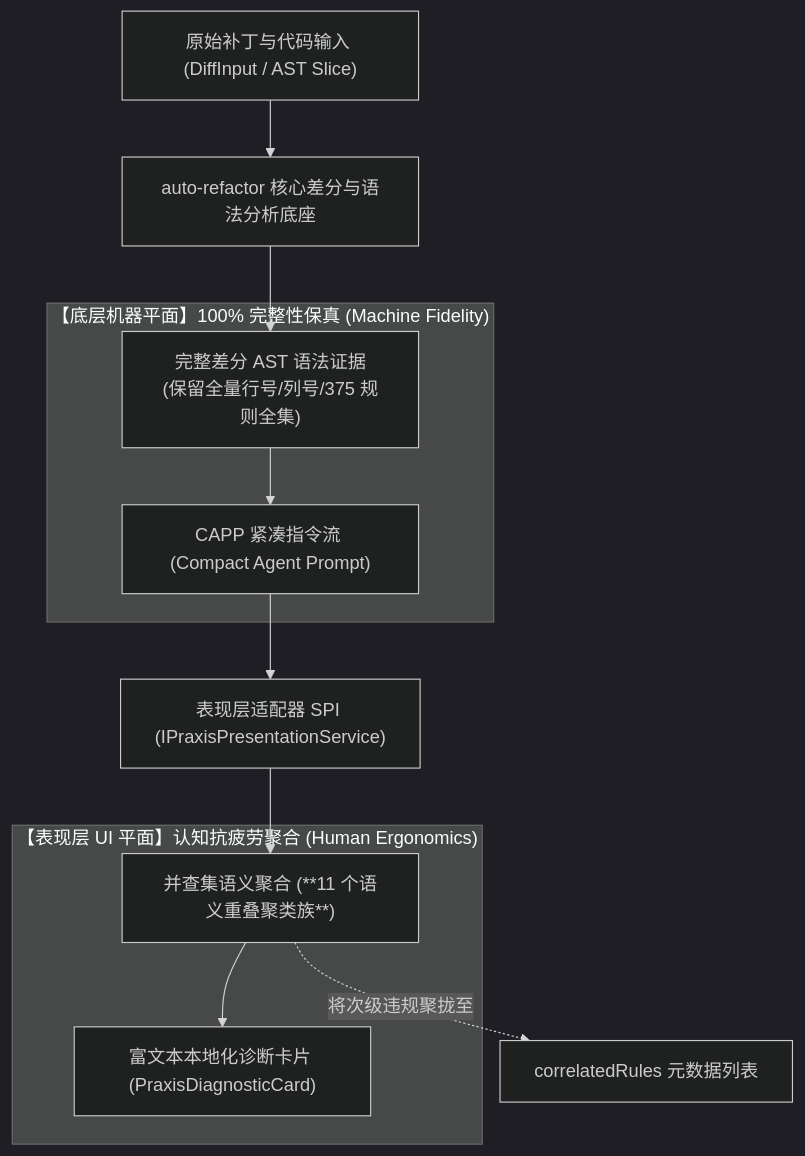
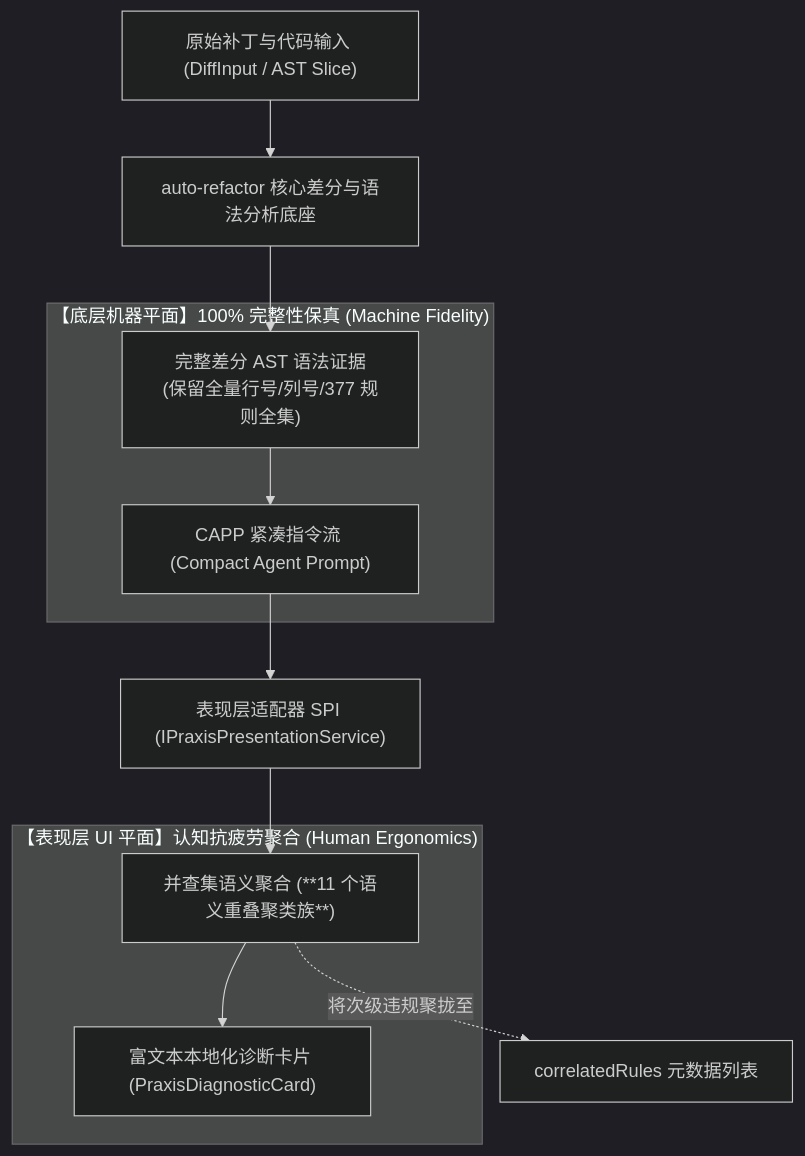
One commit to guilingzhouyi-creator/vscode-extensions changed the first of 2 diagrams in auto-refactor/docs/06-praxis-delivery/01-praxis-architecture-and-spi-contracts.md. Above: the diagram before and after it, drawn with Mermaid (dark theme). The commit also changed 25 other files, not shown here.

````diff
--- a/auto-refactor/docs/06-praxis-delivery/01-praxis-architecture-and-spi-contracts.md
+++ b/auto-refactor/docs/06-praxis-delivery/01-praxis-architecture-and-spi-contracts.md
@@ -14,21 +14,21 @@
 ```mermaid
 flowchart TD
     DIFF["原始补丁与代码输入 (DiffInput / AST Slice)"] --> CORE["auto-refactor 核心差分与语法分析底座"]
     
     subgraph MachinePlane["【底层机器平面】100% 完整性保真 (Machine Fidelity)"]
-        AST_COMPLETE["完整差分 AST 语法证据<br/>(保留全量行号/列号/375 规则全集)"]
+        AST_COMPLETE["完整差分 AST 语法证据<br/>(保留全量行号/列号/377 规则全集)"]
         CAPP["CAPP 紧凑指令流 (Compact Agent Prompt)"]
     end
     
     subgraph HumanPlane["【表现层 UI 平面】认知抗疲劳聚合 (Human Ergonomics)"]
         UNION_FIND["并查集语义聚合 (<!-- METRICS:BEGIN overlap-cluster-count -->**11 个语义重叠聚类族**<!-- METRICS:END overlap-cluster-count -->)"]
         CARDS["富文本本地化诊断卡片 (PraxisDiagnosticCard)"]
     end
     
     CORE --> AST_COMPLETE
     AST_COMPLETE --> CAPP
     CAPP --> IPres["表现层适配器 SPI (IPraxisPresentationService)"]
     IPres --> UNION_FIND
     UNION_FIND --> CARDS
     UNION_FIND -.->|将次级违规聚拢至| META["correlatedRules 元数据列表"]
 ```
````
